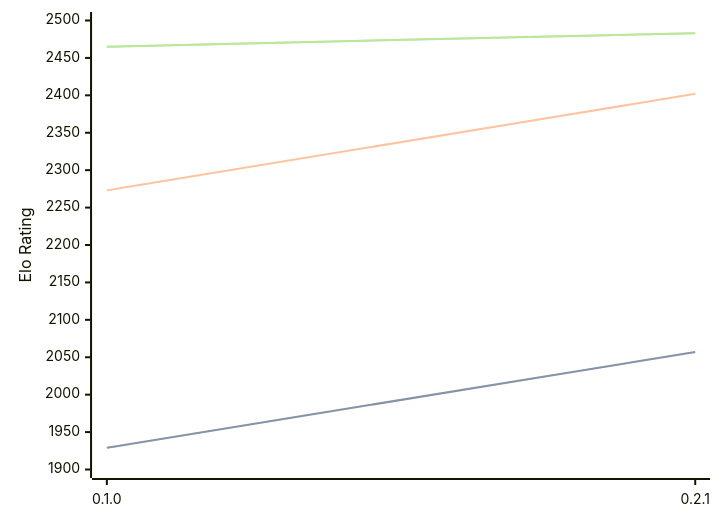
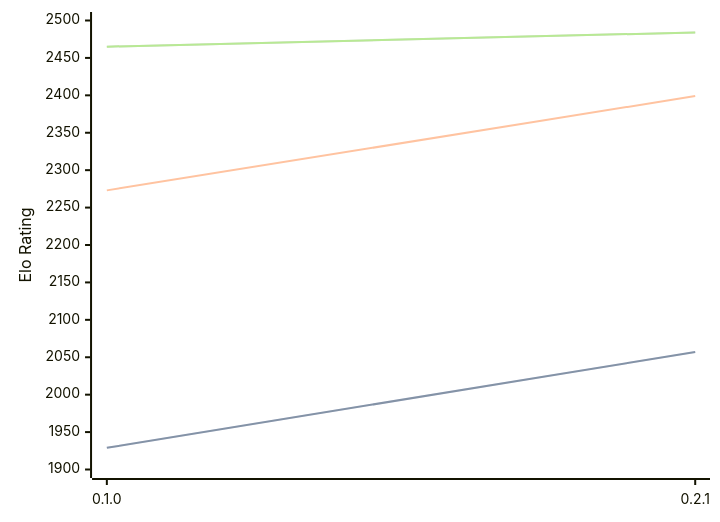
Before and after one commit to computer-chess-index/cci: the diagram in engines/Sykora.md, drawn with Mermaid. The commit also changed other lines of this file, not shown here.

Commit message:
Update CCI Ratings (ELO VLTC) - 2026-05-14

````diff
--- a/engines/Sykora.md
+++ b/engines/Sykora.md
@@ -33,11 +33,11 @@
 ```mermaid
 %%{init: {"theme":"base","themeVariables":{"seriesColors:['#a3a3a3','#222221','#faa371']}}}%%
 xychart-beta
   x-axis ["0.1.0", "0.2.1"]
   y-axis "Elo Rating" 1900 --> 2500
   line "STC (8.0+0.08s)" [1929, 2057]
   line "STC (8.0+0.08s)" [1929, 2057]
-  line "LTC (60.0+0.60s)" [2273, 2402]
-  line "VLTC (2m24s+1.12s)" [2465, 2483]
-  line "VLTC (2m24s+1.12s)" [2465, 2483]
+  line "LTC (60.0+0.60s)" [2273, 2399]
+  line "VLTC (2m24s+1.12s)" [2465, 2484]
+  line "VLTC (2m24s+1.12s)" [2465, 2484]
 ```
````
